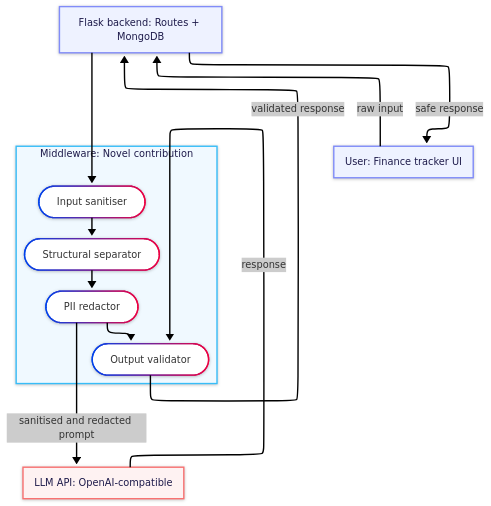
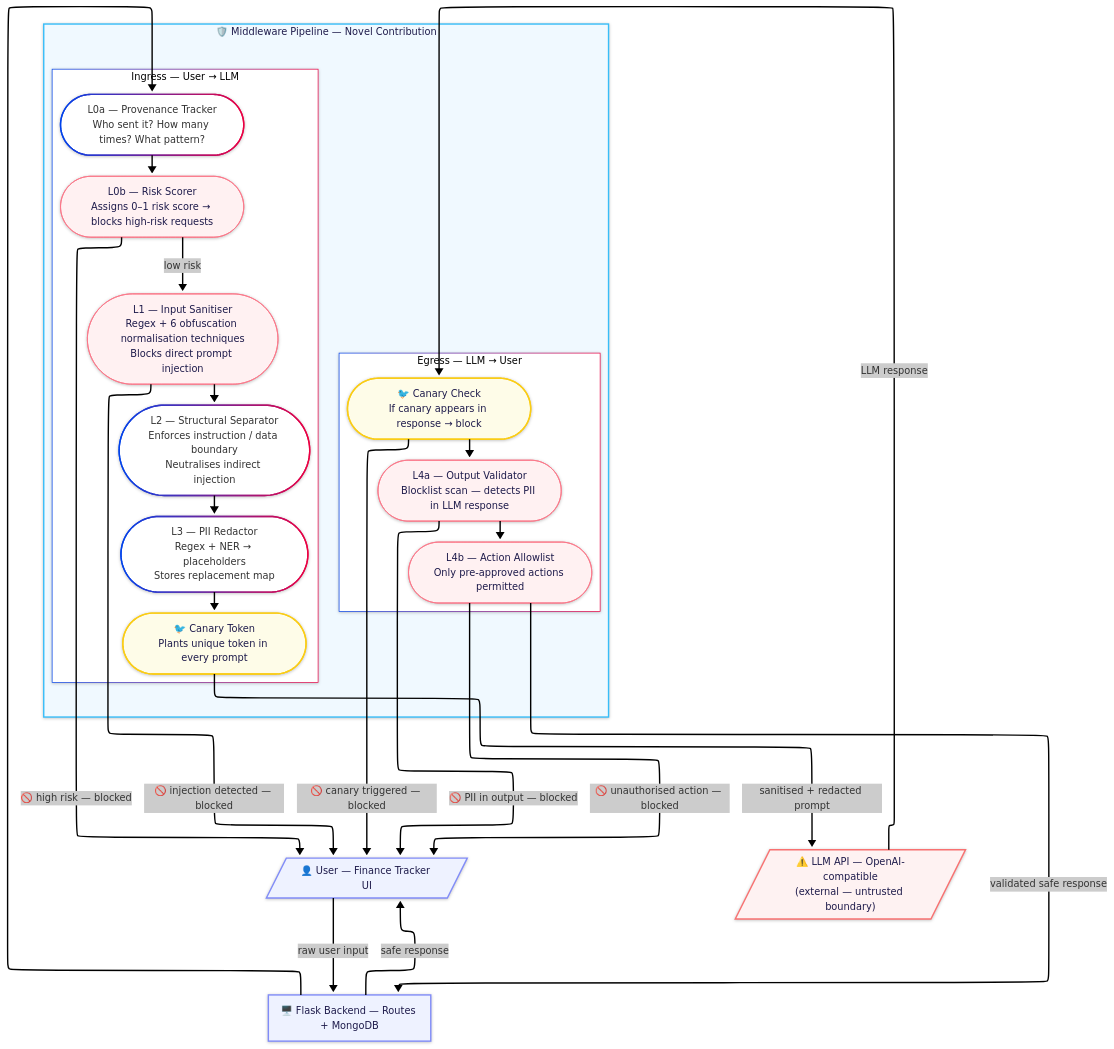
One commit to farhanbin65/fintech_llm_guardrails changed the first of 2 diagrams in README.md. Above: the diagram before and after it, drawn with Mermaid. The commit also changed other lines of this file and 1 other file, not shown here.

````diff
--- a/README.md
+++ b/README.md
@@ -130,39 +93,66 @@
 ```mermaid
 ---
 config:
   layout: elk
   theme: neo
   look: neo
 ---
 flowchart TD
-    User[User: Finance tracker UI]
-    Flask[Flask backend: Routes + MongoDB]
-    LLMAPI[LLM API: OpenAI-compatible]
-    
-    User -->|raw input| Flask
-    Flask --> InputSanitiser
-    
-    subgraph Middleware ["Middleware: Novel contribution"]
-        InputSanitiser([Input sanitiser])
-        StructuralSeparator([Structural separator])
-        PIIRedactor([PII redactor])
-        OutputValidator([Output validator])
-        
-        InputSanitiser --> StructuralSeparator
-        StructuralSeparator --> PIIRedactor
-        PIIRedactor --> OutputValidator
+    User[/"👤 User — Finance Tracker UI"/]
+    Flask["🖥️ Flask Backend — Routes + MongoDB"]
+    LLMAPI[/"⚠️ LLM API — OpenAI-compatible\n(external — untrusted boundary)"/]
+
+    User -->|"raw user input"| Flask
+    Flask --> L0a
+
+    subgraph Middleware ["🛡️ Middleware Pipeline — Novel Contribution"]
+        direction TB
+
+        subgraph Ingress ["Ingress — User → LLM"]
+            L0a(["L0a — Provenance Tracker\nWho sent it? How many times? What pattern?"])
+            L0b(["L0b — Risk Scorer\nAssigns 0–1 risk score → blocks high-risk requests"])
+            L1(["L1 — Input Sanitiser\nRegex + 6 obfuscation normalisation techniques\nBlocks direct prompt injection"])
+            L2(["L2 — Structural Separator\nEnforces instruction / data boundary\nNeutralises indirect injection"])
+            L3(["L3 — PII Redactor\nRegex + NER → placeholders\nStores replacement map"])
+            Canary(["🐦 Canary Token\nPlants unique token in every prompt"])
+
+            L0a --> L0b
+            L0b -->|"low risk"| L1
+            L1 --> L2
+            L2 --> L3
+            L3 --> Canary
+        end
+
+        subgraph Egress ["Egress — LLM → User"]
+            L4a(["L4a — Output Validator\nBlocklist scan — detects PII in LLM response"])
+            L4b(["L4b — Action Allowlist\nOnly pre-approved actions permitted"])
+            CanaryCheck(["🐦 Canary Check\nIf canary appears in response → block"])
+
+            CanaryCheck --> L4a
+            L4a --> L4b
+        end
     end
-    
-    PIIRedactor -->|sanitised and redacted prompt| LLMAPI
-    LLMAPI -->|response| OutputValidator
-    OutputValidator -->|validated response| Flask
-    Flask -->|safe response| User
-    
+
+    Canary -->|"sanitised + redacted prompt"| LLMAPI
+    LLMAPI -->|"LLM response"| CanaryCheck
+    L4b -->|"validated safe response"| Flask
+    Flask -->|"safe response"| User
+
+    L0b -->|"🚫 high risk — blocked"| User
+    L1 -->|"🚫 injection detected — blocked"| User
+    L4a -->|"🚫 PII in output — blocked"| User
+    L4b -->|"🚫 unauthorised action — blocked"| User
+    CanaryCheck -->|"🚫 canary triggered — blocked"| User
+
     classDef middlewareBox fill:#f0f9ff,stroke:#38bdf8,stroke-width:2px,color:#1e1b4b
     classDef externalRisk fill:#fef2f2,stroke:#f87171,stroke-width:2px,color:#1e1b4b
     classDef roundNode fill:#eef2ff,stroke:#818cf8,stroke-width:2px,color:#1e1b4b
-    
+    classDef blockNode fill:#fff1f2,stroke:#fb7185,stroke-width:1px,color:#1e1b4b
+    classDef canaryNode fill:#fefce8,stroke:#facc15,stroke-width:2px,color:#1e1b4b
+
     class Middleware middlewareBox
     class LLMAPI externalRisk
     class User,Flask roundNode
+    class L0b,L1,L4a,L4b,CanaryCheck blockNode
+    class Canary,CanaryCheck canaryNode
 ```
````
